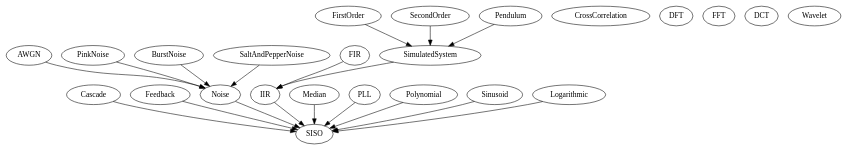
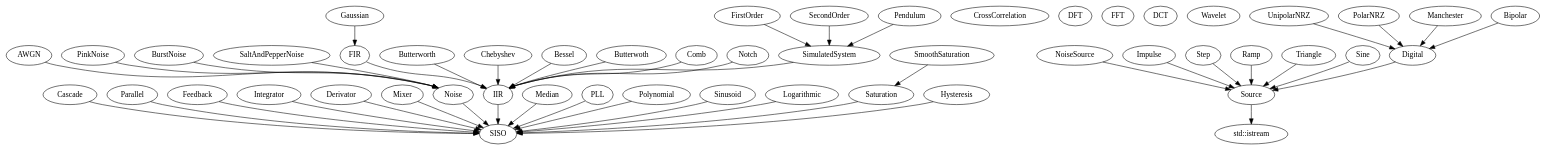
Before and after one commit to matt1795/pumpkin: the diagram in doc/siso.dot, drawn with Graphviz. The commit also changed 1 other file, not shown here.

```diff
--- a/doc/siso.dot
+++ b/doc/siso.dot
@@ -1,38 +1,68 @@
 digraph {
 	// System Composition
 	Cascade -> SISO
+	Parallel -> SISO
 	Feedback -> SISO
-	
+	Integrator -> SISO
+	Derivator -> SISO
+	Mixer -> SISO
+
 	// Noise
 	Noise -> SISO
 	AWGN -> Noise
 	PinkNoise -> Noise
 	BurstNoise -> Noise
 	SaltAndPepperNoise -> Noise
 
 	// Digital Filters
 	IIR -> SISO
 	FIR -> IIR
+	
+	// Normal Filters
+	Gaussian -> FIR
+	Butterworth -> IIR
+	Chebyshev -> IIR
+	Bessel -> IIR
+	Butterwoth -> IIR
+	Comb -> IIR
+	Notch -> IIR
 
 	// Non-linear Filters/Systems
 	Median -> SISO
 	PLL -> SISO
 	Polynomial -> SISO
 	Sinusoid -> SISO
 	Logarithmic -> SISO
+	Saturation -> SISO
+	SmoothSaturation -> Saturation
+	Hysteresis -> SISO
 
 	// Simulation
 	SimulatedSystem -> IIR
 	FirstOrder -> SimulatedSystem
 	SecondOrder -> SimulatedSystem
 	Pendulum -> SimulatedSystem
 
 	// ???
 	CrossCorrelation
 	DFT
 	FFT
 	DCT
 	Wavelet
 	
 	// Adaptive Filters
+	
+	// Sources
+	Source -> "std::istream"
+	NoiseSource -> Source
+	Impulse -> Source
+	Step -> Source
+	Ramp -> Source
+	Triangle -> Source
+	Sine -> Source
+	Digital -> Source
+	UnipolarNRZ -> Digital
+	PolarNRZ -> Digital
+	Manchester -> Digital
+	Bipolar -> Digital
 }
```
